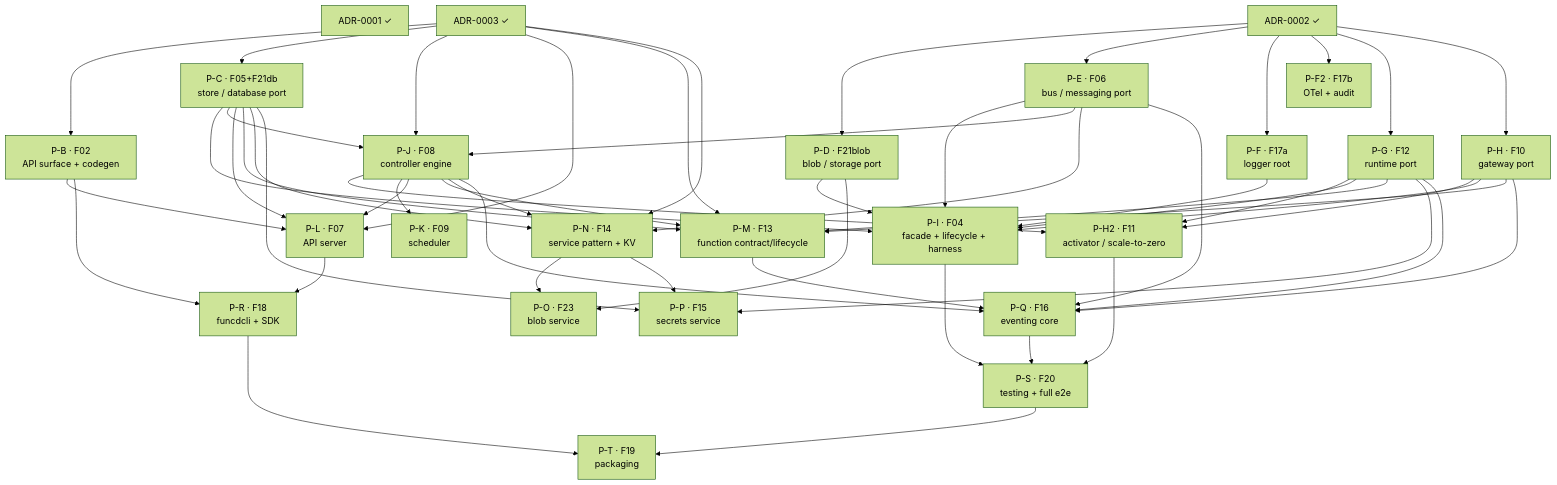
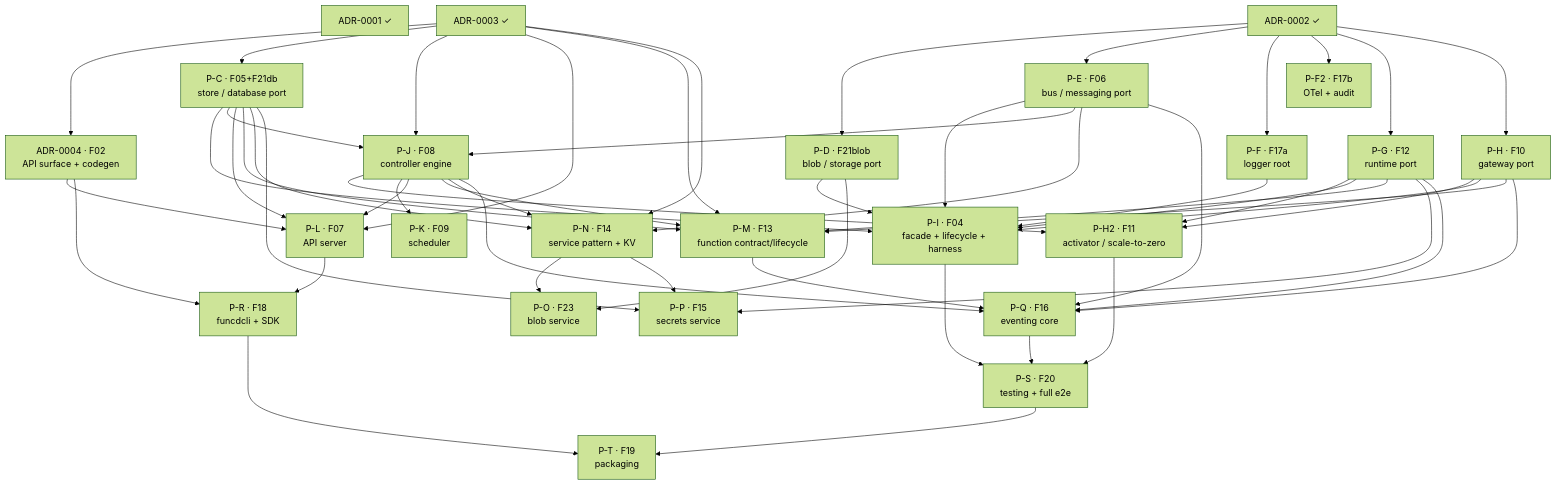
Before and after one commit to pyvvo/funcd: the diagram in docs/roadmap/v1-delivery-plan.md, drawn with Mermaid (forest theme). The commit also changed other lines of this file and 3 other files, not shown here.

First line of the commit message:
refactor: update ADR references for API surface and codegen

````diff
--- a/docs/roadmap/v1-delivery-plan.md
+++ b/docs/roadmap/v1-delivery-plan.md
@@ -89,79 +89,79 @@
 ```mermaid
 flowchart TB
     ADR_0001["ADR-0001 ✓"]
     ADR_0002["ADR-0002 ✓"]
     ADR_0003["ADR-0003 ✓"]
-    P_B["P-B · F02<br/>API surface + codegen"]
+    ADR_0004["ADR-0004 · F02<br/>API surface + codegen"]
     P_C["P-C · F05+F21db<br/>store / database port"]
     P_D["P-D · F21blob<br/>blob / storage port"]
     P_E["P-E · F06<br/>bus / messaging port"]
     P_F["P-F · F17a<br/>logger root"]
     P_F2["P-F2 · F17b<br/>OTel + audit"]
     P_G["P-G · F12<br/>runtime port"]
     P_H["P-H · F10<br/>gateway port"]
     P_H2["P-H2 · F11<br/>activator / scale-to-zero"]
     P_I["P-I · F04<br/>facade + lifecycle + harness"]
     P_J["P-J · F08<br/>controller engine"]
     P_K["P-K · F09<br/>scheduler"]
     P_L["P-L · F07<br/>API server"]
     P_M["P-M · F13<br/>function contract/lifecycle"]
     P_N["P-N · F14<br/>service pattern + KV"]
     P_O["P-O · F23<br/>blob service"]
     P_P["P-P · F15<br/>secrets service"]
     P_Q["P-Q · F16<br/>eventing core"]
     P_R["P-R · F18<br/>funcdcli + SDK"]
     P_S["P-S · F20<br/>testing + full e2e"]
     P_T["P-T · F19<br/>packaging"]
 
-    ADR_0003 --> P_B
+    ADR_0003 --> ADR_0004
     ADR_0003 --> P_C
     ADR_0002 --> P_D
     ADR_0002 --> P_E
     ADR_0002 --> P_F
     ADR_0002 --> P_F2
     ADR_0002 --> P_G
     ADR_0002 --> P_H
     P_H --> P_H2
     P_G --> P_H2
     P_J --> P_H2
     P_C --> P_I
     P_D --> P_I
     P_E --> P_I
     P_F --> P_I
     P_G --> P_I
     P_H --> P_I
     ADR_0003 --> P_J
     P_C --> P_J
     P_E --> P_J
     P_J --> P_K
-    P_B --> P_L
+    ADR_0004 --> P_L
     ADR_0003 --> P_L
     P_C --> P_L
     P_J --> P_L
     P_G --> P_M
     P_H --> P_M
     ADR_0003 --> P_M
     P_C --> P_M
     P_J --> P_M
     P_E --> P_N
     P_C --> P_N
     P_J --> P_N
     ADR_0003 --> P_N
     P_D --> P_O
     P_N --> P_O
     P_C --> P_P
     P_N --> P_P
     P_G --> P_P
     P_E --> P_Q
     P_H --> P_Q
     P_G --> P_Q
     P_M --> P_Q
     P_J --> P_Q
-    P_B --> P_R
+    ADR_0004 --> P_R
     P_L --> P_R
     P_I --> P_S
     P_Q --> P_S
     P_H2 --> P_S
     P_R --> P_T
     P_S --> P_T
 ```
````
